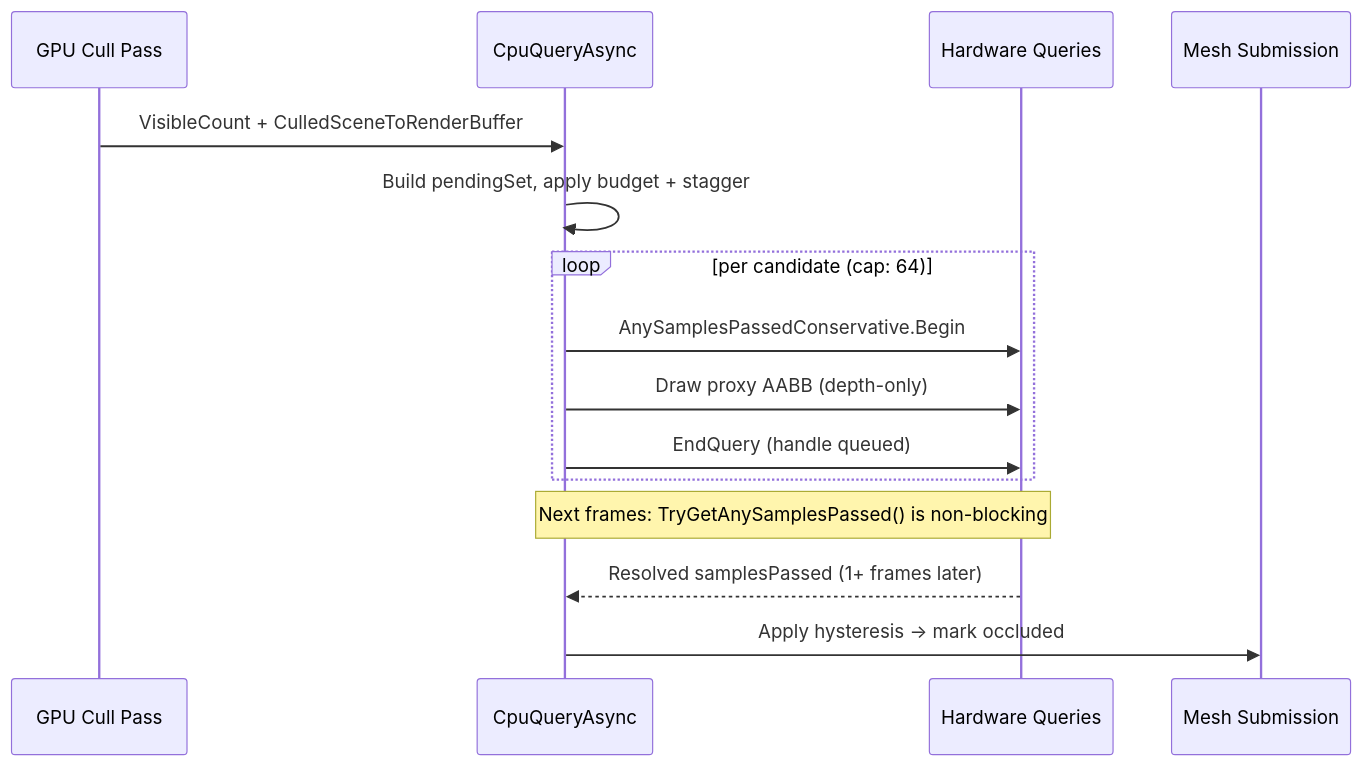
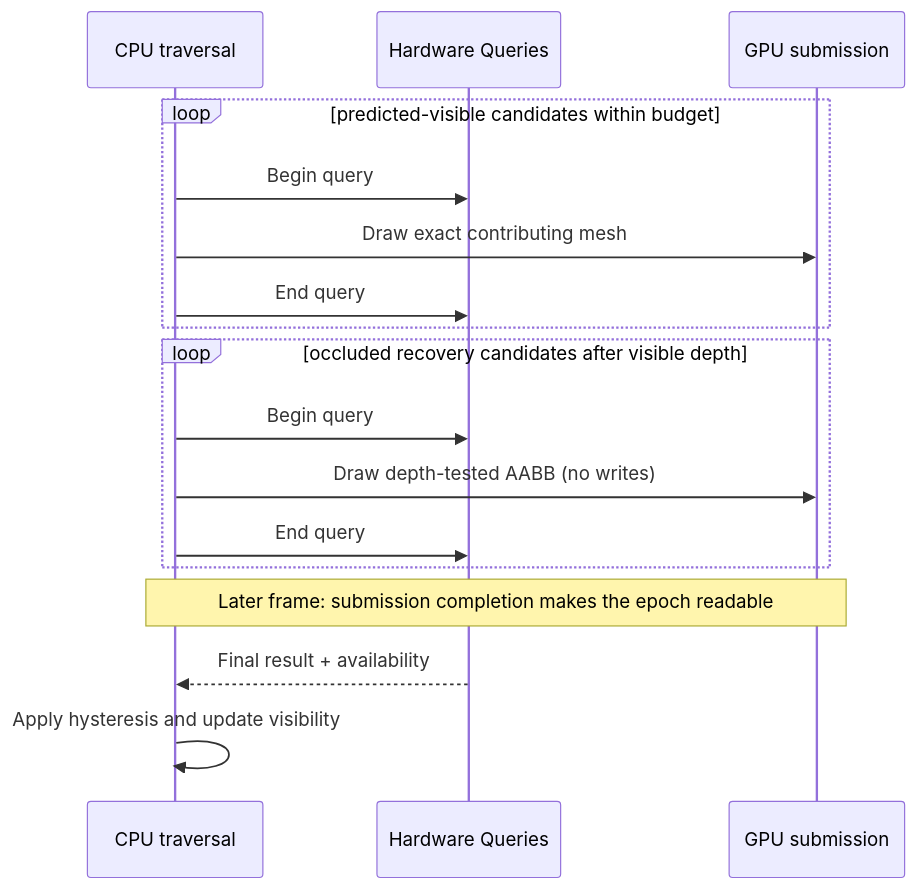
Before and after one commit to BlackJaxDev/XRENGINE: the diagram in docs/developer-guides/rendering/cpu-query-async-occlusion.md, drawn with Mermaid. The commit also changed other lines of this file and 74 other files, not shown here.

Commit message:
cpu async query occl culling debugging

````diff
--- a/docs/developer-guides/rendering/cpu-query-async-occlusion.md
+++ b/docs/developer-guides/rendering/cpu-query-async-occlusion.md
@@ -42,17 +43,19 @@
 ```mermaid
 sequenceDiagram
-  participant Cull as GPU Cull Pass
-  participant CQA as CpuQueryAsync
+  participant CPU as CPU traversal
   participant HW as Hardware Queries
-  participant Sub as Mesh Submission
-  Cull->>CQA: VisibleCount + CulledSceneToRenderBuffer
-  CQA->>CQA: Build pendingSet, apply budget + stagger
-  loop per candidate (cap: 64)
-    CQA->>HW: AnySamplesPassedConservative.Begin
-    CQA->>HW: Draw proxy AABB (depth-only)
-    CQA->>HW: EndQuery (handle queued)
+  participant GPU as GPU submission
+  loop predicted-visible candidates within budget
+    CPU->>HW: Begin query
+    CPU->>GPU: Draw exact contributing mesh
+    CPU->>HW: End query
   end
-  Note over CQA,HW: Next frames: TryGetAnySamplesPassed() is non-blocking
-  HW-->>CQA: Resolved samplesPassed (1+ frames later)
-  CQA->>Sub: Apply hysteresis -> mark occluded
+  loop occluded recovery candidates after visible depth
+    CPU->>HW: Begin query
+    CPU->>GPU: Draw depth-tested AABB (no writes)
+    CPU->>HW: End query
+  end
+  Note over CPU,GPU: Later frame: submission completion makes the epoch readable
+  HW-->>CPU: Final result + availability
+  CPU->>CPU: Apply hysteresis and update visibility
 ```
````
